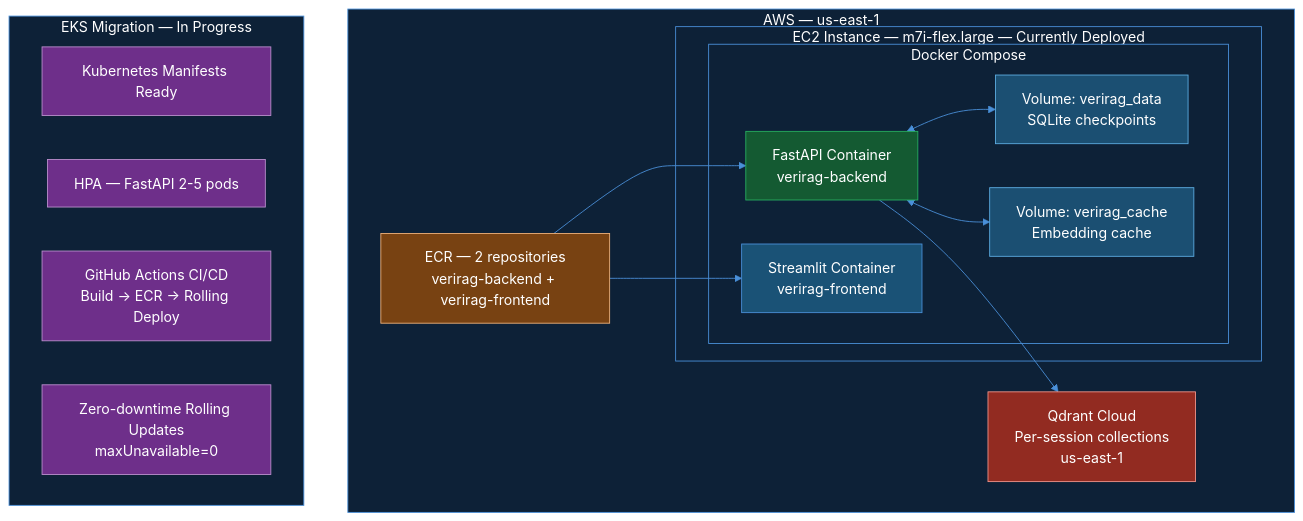
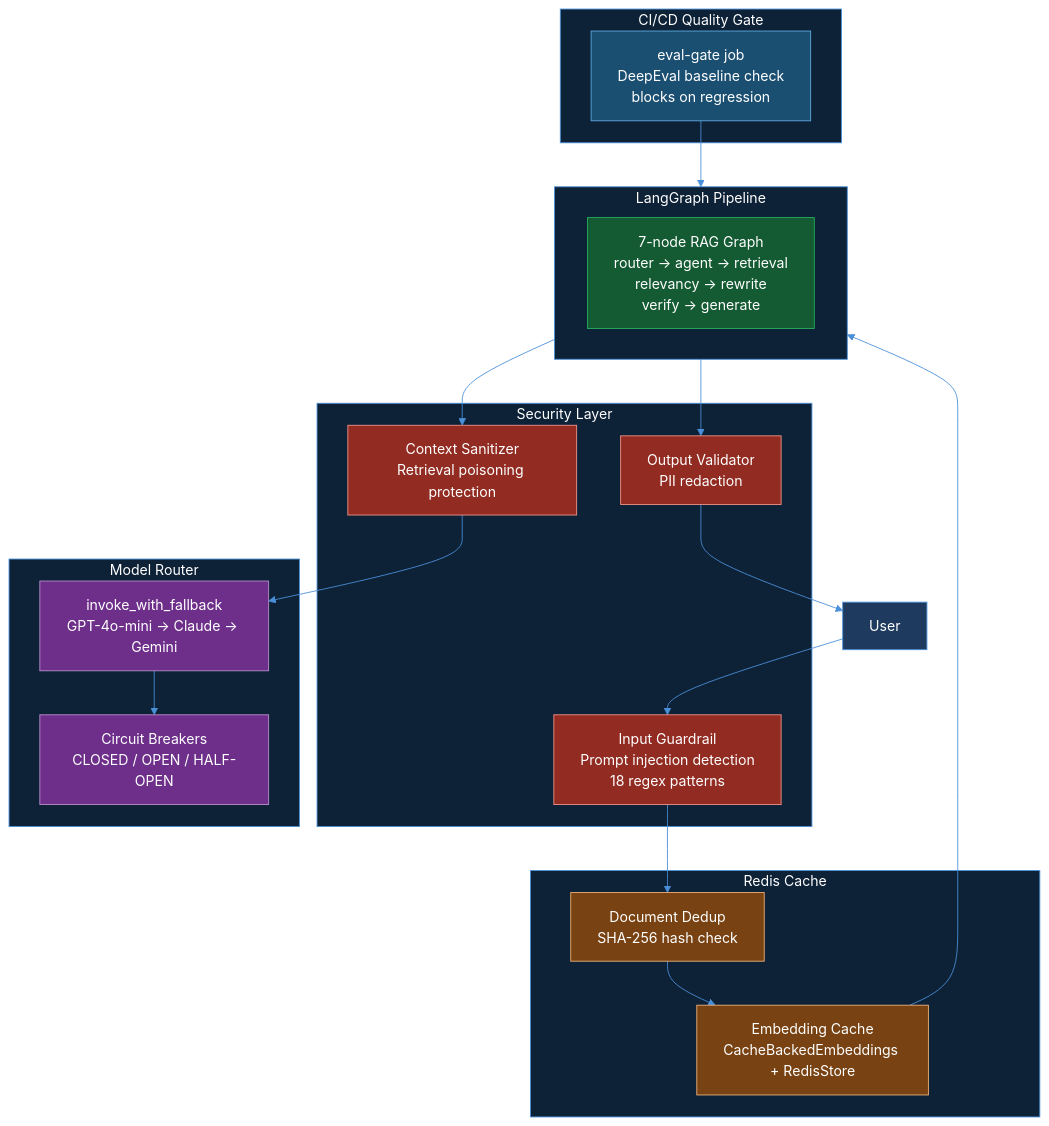
One commit to akashagalave/VeriRAG-Pro changed the diagram in README.md. Above: the diagram before and after it, drawn with Mermaid. The commit also changed other lines of this file and 2 other files, not shown here.

Commit message:
feat: VeriRAG-Pro production platform

````diff
--- a/README.md
+++ b/README.md
@@ -239,39 +167,50 @@
 ```mermaid
-%%{init: {'theme': 'base', 'themeVariables': {'primaryColor': '#1e3a5f', 'primaryTextColor': '#ffffff', 'primaryBorderColor': '#4a90d9', 'lineColor': '#4a90d9', 'clusterBkg': '#0d2137', 'clusterBorder': '#4a90d9', 'titleColor': '#ffffff', 'nodeTextColor': '#ffffff'}}}%%
-flowchart TB
-    subgraph AWS[AWS — us-east-1]
-        subgraph EC2[EC2 Instance — m7i-flex.large — Currently Deployed]
-            subgraph DC[Docker Compose]
-                FA2[FastAPI Container\nverirag-backend]
-                ST2[Streamlit Container\nverirag-frontend]
-                VOL1[Volume: verirag_data\nSQLite checkpoints]
-                VOL2[Volume: verirag_cache\nEmbedding cache]
-            end
-        end
-        ECR3[ECR — 2 repositories\nverirag-backend + verirag-frontend]
-        QDRANT4[Qdrant Cloud\nPer-session collections\nus-east-1]
+%%{init: {'theme': 'base', 'themeVariables': {'primaryColor': '#1e3a5f', 'primaryTextColor': '#ffffff', 'primaryBorderColor': '#4a90d9', 'lineColor': '#4a90d9', 'secondaryColor': '#0d2137', 'clusterBkg': '#0d2137', 'clusterBorder': '#4a90d9', 'titleColor': '#ffffff', 'nodeTextColor': '#ffffff'}}}%%
+flowchart TD
+    USER[User]
+
+    subgraph Security[Security Layer]
+        IG[Input Guardrail\nPrompt injection detection\n18 regex patterns]
+        CS[Context Sanitizer\nRetrieval poisoning protection]
+        OV[Output Validator\nPII redaction]
     end
 
-    subgraph EKS_SOON[EKS Migration — In Progress]
-        K8S[Kubernetes Manifests Ready]
-        HPA2[HPA — FastAPI 2-5 pods]
-        CICD[GitHub Actions CI/CD\nBuild → ECR → Rolling Deploy]
-        ROLL[Zero-downtime Rolling Updates\nmaxUnavailable=0]
+    subgraph Router[Model Router]
+        MR[invoke_with_fallback\nGPT-4o-mini → Claude → Gemini]
+        CB[Circuit Breakers\nCLOSED / OPEN / HALF-OPEN]
     end
 
-    ECR3 --> FA2 & ST2
-    FA2 --> QDRANT4
-    FA2 <--> VOL1
-    FA2 <--> VOL2
+    subgraph Cache[Redis Cache]
+        DD[Document Dedup\nSHA-256 hash check]
+        EC[Embedding Cache\nCacheBackedEmbeddings + RedisStore]
+    end
 
-    style FA2 fill:#145a32,stroke:#27ae60,color:#fff
-    style ST2 fill:#1a5276,stroke:#4a90d9,color:#fff
-    style VOL1 fill:#1b4f72,stroke:#5dade2,color:#fff
-    style VOL2 fill:#1b4f72,stroke:#5dade2,color:#fff
-    style ECR3 fill:#784212,stroke:#f0b27a,color:#fff
-    style QDRANT4 fill:#922b21,stroke:#f1948a,color:#fff
-    style K8S fill:#6e2f8a,stroke:#bb8fce,color:#fff
-    style HPA2 fill:#6e2f8a,stroke:#bb8fce,color:#fff
-    style CICD fill:#6e2f8a,stroke:#bb8fce,color:#fff
-    style ROLL fill:#6e2f8a,stroke:#bb8fce,color:#fff
+    subgraph Pipeline[LangGraph Pipeline]
+        GRAPH[7-node RAG Graph\nrouter → agent → retrieval\nrelevancy → rewrite\nverify → generate]
+    end
+
+    subgraph Eval[CI/CD Quality Gate]
+        EG[eval-gate job\nDeepEval baseline check\nblocks on regression]
+    end
+
+    USER --> IG
+    IG --> DD
+    DD --> EC
+    EC --> Pipeline
+    Pipeline --> CS
+    CS --> MR
+    MR --> CB
+    Pipeline --> OV
+    OV --> USER
+    EG --> Pipeline
+
+    style IG fill:#922b21,stroke:#f1948a,color:#fff
+    style CS fill:#922b21,stroke:#f1948a,color:#fff
+    style OV fill:#922b21,stroke:#f1948a,color:#fff
+    style MR fill:#6e2f8a,stroke:#bb8fce,color:#fff
+    style CB fill:#6e2f8a,stroke:#bb8fce,color:#fff
+    style DD fill:#784212,stroke:#f0b27a,color:#fff
+    style EC fill:#784212,stroke:#f0b27a,color:#fff
+    style GRAPH fill:#145a32,stroke:#27ae60,color:#fff
+    style EG fill:#1b4f72,stroke:#5dade2,color:#fff
 ```
````
